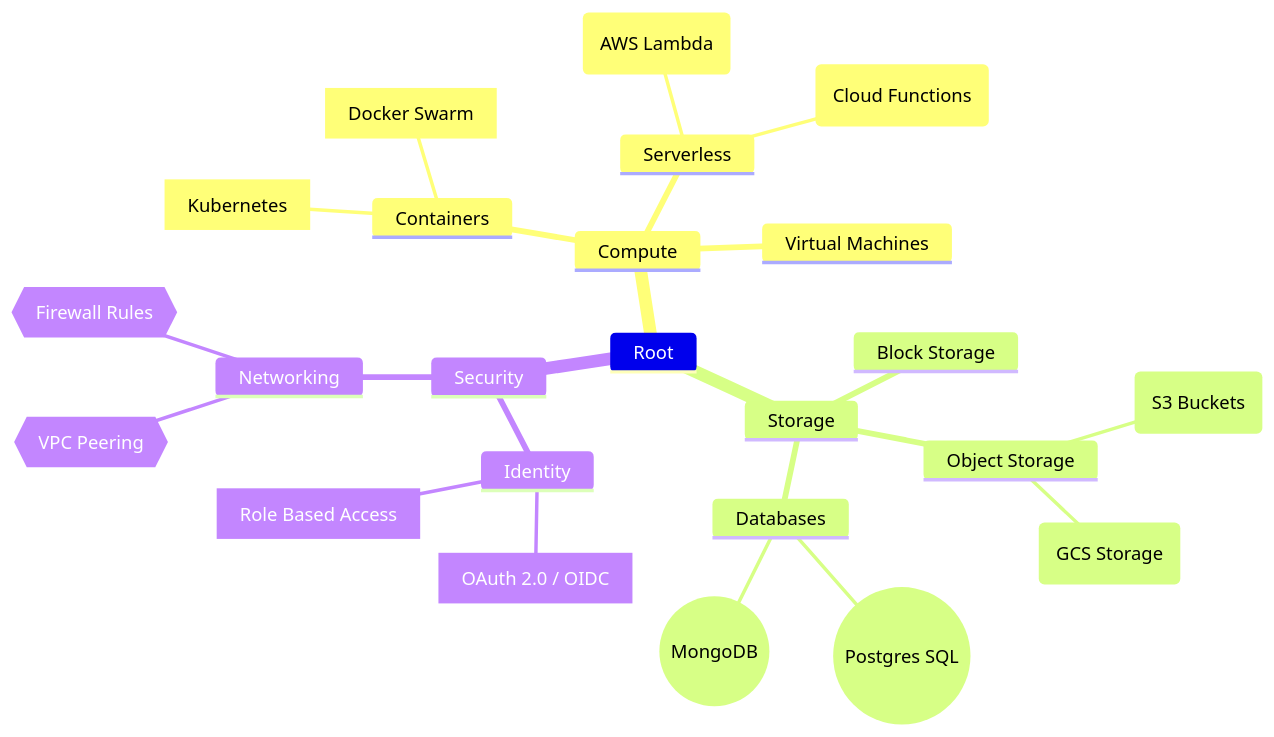
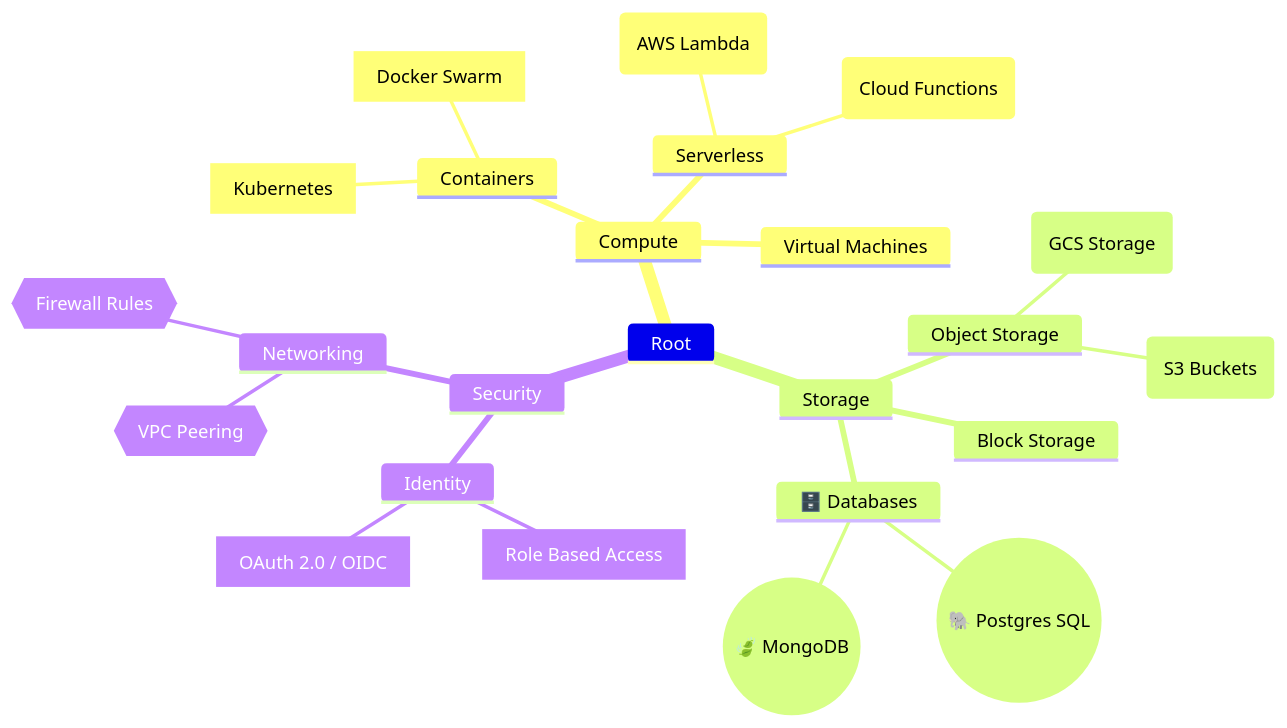
Diagram 31 of 46 in src/frontend/static/mermaid_help_manual.md (Mazchoo/Notezilla), drawn with Mermaid before and after one commit. The commit also changed other lines of this file, not shown here.

````diff
--- a/src/frontend/static/mermaid_help_manual.md
+++ b/src/frontend/static/mermaid_help_manual.md
@@ -875,28 +875,27 @@
 ```mermaid
 mindmap
   Root
     Compute
       Containers
         [Kubernetes]
         [Docker Swarm]
       Serverless
         (AWS Lambda)
         (Cloud Functions)
       Virtual Machines
     Storage
       Object Storage
         (S3 Buckets)
         (GCS Storage)
       Block Storage
-      Databases
-        ::icon(fa fa-database)
-        ((Postgres SQL))
-        ((MongoDB))
+      🗄️ Databases
+        ((🐘 Postgres SQL))
+        ((🍃 MongoDB))
     Security
       Identity
         [OAuth 2.0 / OIDC]
         [Role Based Access]
       Networking
         {{VPC Peering}}
         {{Firewall Rules}}
 ```
````
